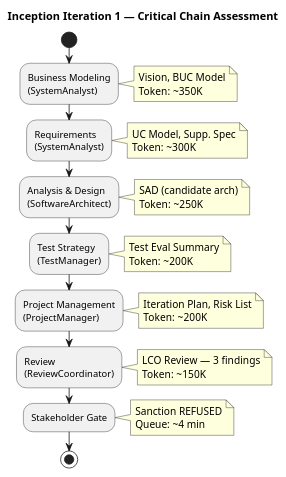
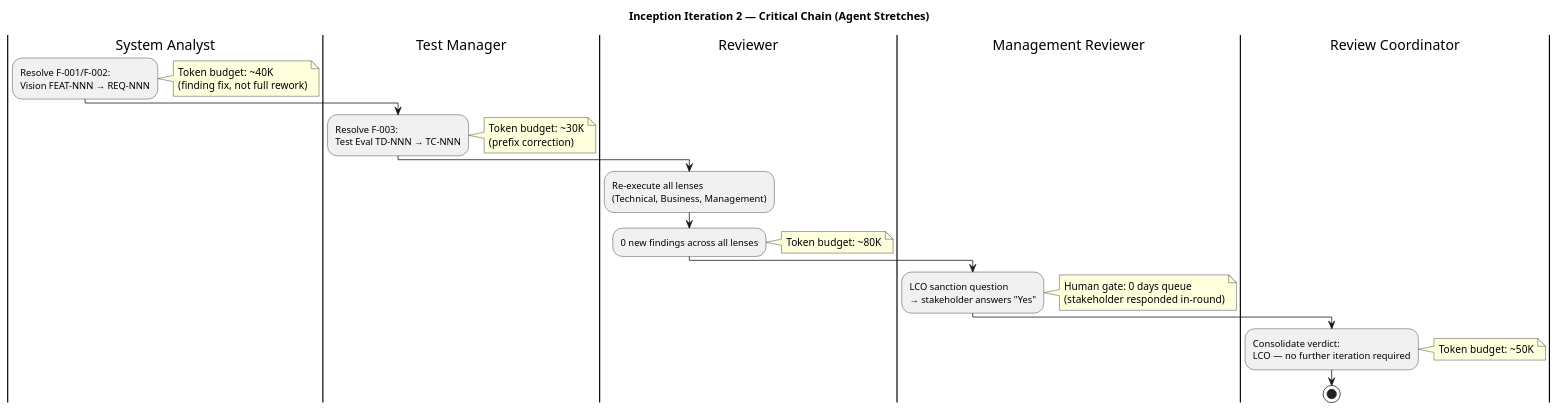
The second of 3 diagrams in docs/artifacts/project-management/iteration-assessment.md (banense-test/portal-cuba-corp), drawn with PlantUML before and after one commit. The commit also changed other lines of this file, not shown here.

First line of the commit message:
Project Manager [I2]: upsert Iteration Assessment

````diff
--- a/docs/artifacts/project-management/iteration-assessment.md
+++ b/docs/artifacts/project-management/iteration-assessment.md
@@ -75,28 +93,31 @@
 ```plantuml
 @startuml
-title Inception Iteration 1 — Critical Chain Assessment
+title Inception Iteration 2 — Critical Chain (Agent Stretches)
 
-start
-:Business Modeling
-(SystemAnalyst);
-note right: Vision, BUC Model\nToken: ~350K
-:Requirements
-(SystemAnalyst);
-note right: UC Model, Supp. Spec\nToken: ~300K
-:Analysis & Design
-(SoftwareArchitect);
-note right: SAD (candidate arch)\nToken: ~250K
-:Test Strategy
-(TestManager);
-note right: Test Eval Summary\nToken: ~200K
-:Project Management
-(ProjectManager);
-note right: Iteration Plan, Risk List\nToken: ~200K
-:Review
-(ReviewCoordinator);
-note right: LCO Review — 3 findings\nToken: ~150K
-:Stakeholder Gate;
-note right: Sanction REFUSED\nQueue: ~4 min
+|System Analyst|
+:Resolve F-001/F-002:
+Vision FEAT-NNN → REQ-NNN;
+note right: Token budget: ~40K\n(finding fix, not full rework)
+
+|Test Manager|
+:Resolve F-003:
+Test Eval TD-NNN → TC-NNN;
+note right: Token budget: ~30K\n(prefix correction)
+
+|Reviewer|
+:Re-execute all lenses\n(Technical, Business, Management);
+:0 new findings across all lenses;
+note right: Token budget: ~80K
+
+|Management Reviewer|
+:LCO sanction question\n→ stakeholder answers "Yes";
+note right: Human gate: 0 days queue\n(stakeholder responded in-round)
+
+|Review Coordinator|
+:Consolidate verdict:
+LCO — no further iteration required;
+note right: Token budget: ~50K
+
 stop
 @enduml
 ```
````
